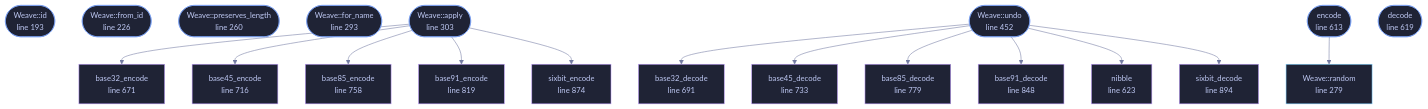
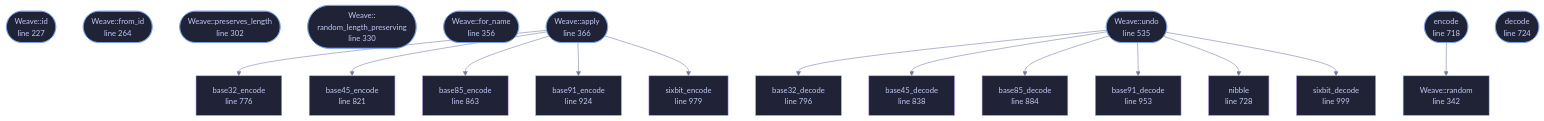
Before and after one commit to tilas01/veilvoice: the diagram in wiki/File-veilvoice-crypto-weave.md, drawn with Mermaid. The commit also changed other lines of this file and 55 other files, not shown here.

````diff
--- a/wiki/File-veilvoice-crypto-weave.md
+++ b/wiki/File-veilvoice-crypto-weave.md
@@ -117,62 +132,64 @@
 ```mermaid
 %%{init: {"theme":"base","themeVariables":{"background":"#1a1b26","primaryColor":"#1f2335","primaryTextColor":"#c0caf5","primaryBorderColor":"#7aa2f7","secondaryColor":"#16161e","tertiaryColor":"#16161e","lineColor":"#737aa2","textColor":"#c0caf5","mainBkg":"#1f2335","nodeBorder":"#7aa2f7","clusterBkg":"#16161e","clusterBorder":"#2f3549","fontFamily":"ui-monospace, SFMono-Regular, Consolas, monospace","fontSize":"14px"}}}%%
 flowchart TD
-    n_id(["Weave::id<br/>line 193"])
-    n_from_id(["Weave::from_id<br/>line 226"])
-    n_preserves_length(["Weave::preserves_length<br/>line 260"])
-    n_random["Weave::random<br/>line 279"]
-    n_for_name(["Weave::for_name<br/>line 293"])
-    n_apply(["Weave::apply<br/>line 303"])
-    n_undo(["Weave::undo<br/>line 452"])
-    n_encode(["encode<br/>line 613"])
-    n_decode(["decode<br/>line 619"])
-    n_nibble["nibble<br/>line 623"]
-    n_base32_encode["base32_encode<br/>line 671"]
-    n_base32_decode["base32_decode<br/>line 691"]
-    n_base45_encode["base45_encode<br/>line 716"]
-    n_base45_decode["base45_decode<br/>line 733"]
-    n_base85_encode["base85_encode<br/>line 758"]
-    n_base85_decode["base85_decode<br/>line 779"]
-    n_base91_encode["base91_encode<br/>line 819"]
-    n_base91_decode["base91_decode<br/>line 848"]
-    n_sixbit_encode["sixbit_encode<br/>line 874"]
-    n_sixbit_decode["sixbit_decode<br/>line 894"]
+    n_id(["Weave::id<br/>line 227"])
+    n_from_id(["Weave::from_id<br/>line 264"])
+    n_preserves_length(["Weave::preserves_length<br/>line 302"])
+    n_random_length_preserving(["Weave::<br/>random_length_preserving<br/>line 330"])
+    n_random["Weave::random<br/>line 342"]
+    n_for_name(["Weave::for_name<br/>line 356"])
+    n_apply(["Weave::apply<br/>line 366"])
+    n_undo(["Weave::undo<br/>line 535"])
+    n_encode(["encode<br/>line 718"])
+    n_decode(["decode<br/>line 724"])
+    n_nibble["nibble<br/>line 728"]
+    n_base32_encode["base32_encode<br/>line 776"]
+    n_base32_decode["base32_decode<br/>line 796"]
+    n_base45_encode["base45_encode<br/>line 821"]
+    n_base45_decode["base45_decode<br/>line 838"]
+    n_base85_encode["base85_encode<br/>line 863"]
+    n_base85_decode["base85_decode<br/>line 884"]
+    n_base91_encode["base91_encode<br/>line 924"]
+    n_base91_decode["base91_decode<br/>line 953"]
+    n_sixbit_encode["sixbit_encode<br/>line 979"]
+    n_sixbit_decode["sixbit_decode<br/>line 999"]
     n_apply --> n_base32_encode
     n_apply --> n_base45_encode
     n_apply --> n_base85_encode
     n_apply --> n_base91_encode
     n_apply --> n_sixbit_encode
     n_encode --> n_random
     n_undo --> n_base32_decode
     n_undo --> n_base45_decode
     n_undo --> n_base85_decode
     n_undo --> n_base91_decode
     n_undo --> n_nibble
     n_undo --> n_sixbit_decode
-    click n_id href "https://github.com/tilas01/veilvoice/blob/main/crates/veilvoice-crypto/src/weave.rs#L193" "open the source"
-    click n_from_id href "https://github.com/tilas01/veilvoice/blob/main/crates/veilvoice-crypto/src/weave.rs#L226" "open the source"
-    click n_preserves_length href "https://github.com/tilas01/veilvoice/blob/main/crates/veilvoice-crypto/src/weave.rs#L260" "open the source"
-    click n_random href "https://github.com/tilas01/veilvoice/blob/main/crates/veilvoice-crypto/src/weave.rs#L279" "open the source"
-    click n_for_name href "https://github.com/tilas01/veilvoice/blob/main/crates/veilvoice-crypto/src/weave.rs#L293" "open the source"
-    click n_apply href "https://github.com/tilas01/veilvoice/blob/main/crates/veilvoice-crypto/src/weave.rs#L303" "open the source"
-    click n_undo href "https://github.com/tilas01/veilvoice/blob/main/crates/veilvoice-crypto/src/weave.rs#L452" "open the source"
-    click n_encode href "https://github.com/tilas01/veilvoice/blob/main/crates/veilvoice-crypto/src/weave.rs#L613" "open the source"
-    click n_decode href "https://github.com/tilas01/veilvoice/blob/main/crates/veilvoice-crypto/src/weave.rs#L619" "open the source"
-    click n_nibble href "https://github.com/tilas01/veilvoice/blob/main/crates/veilvoice-crypto/src/weave.rs#L623" "open the source"
-    click n_base32_encode href "https://github.com/tilas01/veilvoice/blob/main/crates/veilvoice-crypto/src/weave.rs#L671" "open the source"
-    click n_base32_decode href "https://github.com/tilas01/veilvoice/blob/main/crates/veilvoice-crypto/src/weave.rs#L691" "open the source"
-    click n_base45_encode href "https://github.com/tilas01/veilvoice/blob/main/crates/veilvoice-crypto/src/weave.rs#L716" "open the source"
-    click n_base45_decode href "https://github.com/tilas01/veilvoice/blob/main/crates/veilvoice-crypto/src/weave.rs#L733" "open the source"
-    click n_base85_encode href "https://github.com/tilas01/veilvoice/blob/main/crates/veilvoice-crypto/src/weave.rs#L758" "open the source"
-    click n_base85_decode href "https://github.com/tilas01/veilvoice/blob/main/crates/veilvoice-crypto/src/weave.rs#L779" "open the source"
-    click n_base91_encode href "https://github.com/tilas01/veilvoice/blob/main/crates/veilvoice-crypto/src/weave.rs#L819" "open the source"
-    click n_base91_decode href "https://github.com/tilas01/veilvoice/blob/main/crates/veilvoice-crypto/src/weave.rs#L848" "open the source"
-    click n_sixbit_encode href "https://github.com/tilas01/veilvoice/blob/main/crates/veilvoice-crypto/src/weave.rs#L874" "open the source"
-    click n_sixbit_decode href "https://github.com/tilas01/veilvoice/blob/main/crates/veilvoice-crypto/src/weave.rs#L894" "open the source"
+    click n_id href "https://github.com/tilas01/veilvoice/blob/main/crates/veilvoice-crypto/src/weave.rs#L227" "open the source"
+    click n_from_id href "https://github.com/tilas01/veilvoice/blob/main/crates/veilvoice-crypto/src/weave.rs#L264" "open the source"
+    click n_preserves_length href "https://github.com/tilas01/veilvoice/blob/main/crates/veilvoice-crypto/src/weave.rs#L302" "open the source"
+    click n_random_length_preserving href "https://github.com/tilas01/veilvoice/blob/main/crates/veilvoice-crypto/src/weave.rs#L330" "open the source"
+    click n_random href "https://github.com/tilas01/veilvoice/blob/main/crates/veilvoice-crypto/src/weave.rs#L342" "open the source"
+    click n_for_name href "https://github.com/tilas01/veilvoice/blob/main/crates/veilvoice-crypto/src/weave.rs#L356" "open the source"
+    click n_apply href "https://github.com/tilas01/veilvoice/blob/main/crates/veilvoice-crypto/src/weave.rs#L366" "open the source"
+    click n_undo href "https://github.com/tilas01/veilvoice/blob/main/crates/veilvoice-crypto/src/weave.rs#L535" "open the source"
+    click n_encode href "https://github.com/tilas01/veilvoice/blob/main/crates/veilvoice-crypto/src/weave.rs#L718" "open the source"
+    click n_decode href "https://github.com/tilas01/veilvoice/blob/main/crates/veilvoice-crypto/src/weave.rs#L724" "open the source"
+    click n_nibble href "https://github.com/tilas01/veilvoice/blob/main/crates/veilvoice-crypto/src/weave.rs#L728" "open the source"
+    click n_base32_encode href "https://github.com/tilas01/veilvoice/blob/main/crates/veilvoice-crypto/src/weave.rs#L776" "open the source"
+    click n_base32_decode href "https://github.com/tilas01/veilvoice/blob/main/crates/veilvoice-crypto/src/weave.rs#L796" "open the source"
+    click n_base45_encode href "https://github.com/tilas01/veilvoice/blob/main/crates/veilvoice-crypto/src/weave.rs#L821" "open the source"
+    click n_base45_decode href "https://github.com/tilas01/veilvoice/blob/main/crates/veilvoice-crypto/src/weave.rs#L838" "open the source"
+    click n_base85_encode href "https://github.com/tilas01/veilvoice/blob/main/crates/veilvoice-crypto/src/weave.rs#L863" "open the source"
+    click n_base85_decode href "https://github.com/tilas01/veilvoice/blob/main/crates/veilvoice-crypto/src/weave.rs#L884" "open the source"
+    click n_base91_encode href "https://github.com/tilas01/veilvoice/blob/main/crates/veilvoice-crypto/src/weave.rs#L924" "open the source"
+    click n_base91_decode href "https://github.com/tilas01/veilvoice/blob/main/crates/veilvoice-crypto/src/weave.rs#L953" "open the source"
+    click n_sixbit_encode href "https://github.com/tilas01/veilvoice/blob/main/crates/veilvoice-crypto/src/weave.rs#L979" "open the source"
+    click n_sixbit_decode href "https://github.com/tilas01/veilvoice/blob/main/crates/veilvoice-crypto/src/weave.rs#L999" "open the source"
     classDef entry fill:#1f2335,stroke:#7aa2f7,color:#c0caf5
-    class n_id,n_from_id,n_preserves_length,n_for_name,n_apply,n_undo,n_encode,n_decode entry
+    class n_id,n_from_id,n_preserves_length,n_random_length_preserving,n_for_name,n_apply,n_undo,n_encode,n_decode entry
     classDef api fill:#1f2335,stroke:#7dcfff,color:#c0caf5
     class n_random api
     classDef helper fill:#1f2335,stroke:#bb9af7,color:#c0caf5
     class n_nibble,n_base32_encode,n_base32_decode,n_base45_encode,n_base45_decode,n_base85_encode,n_base85_decode,n_base91_encode,n_base91_decode,n_sixbit_encode,n_sixbit_decode helper
 ```
````
